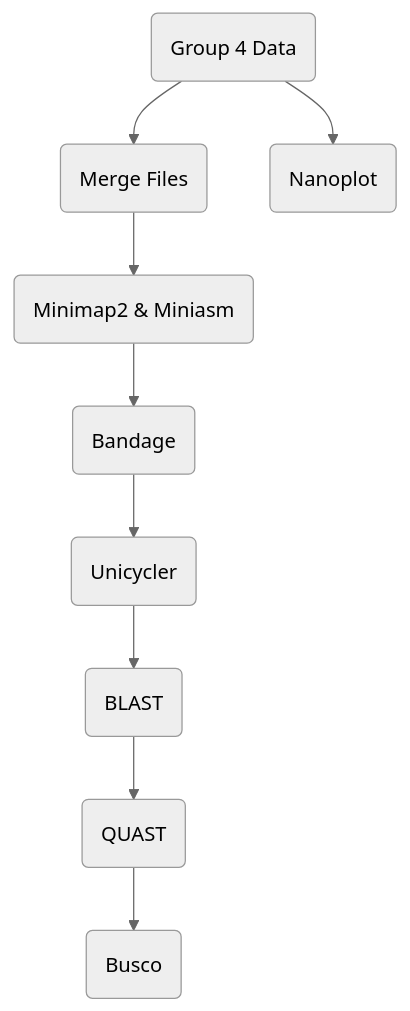
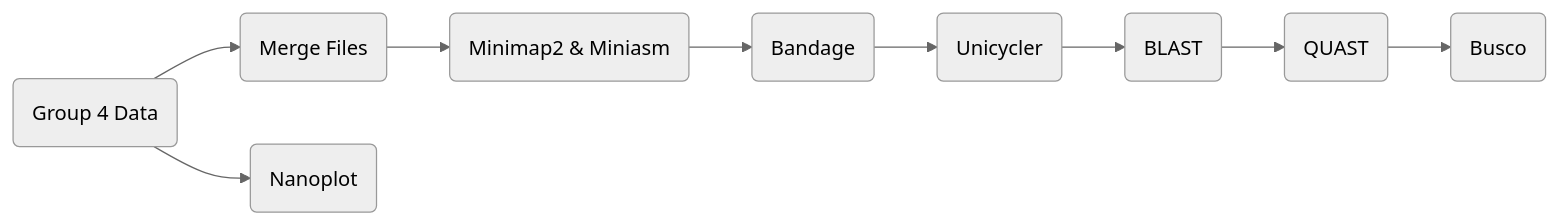
Before and after one commit to mzywj2/Project-1---Group-4-Genome-Assembly: the diagram in README.md, drawn with Mermaid (neutral theme).

````diff
--- a/README.md
+++ b/README.md
@@ -297,12 +297,12 @@
 ```mermaid
-graph TD;
+graph LR;
 A(Group 4 Data)-->B(Merge Files);
     B-->C(Minimap2 & Miniasm);
     C-->D(Bandage);
     D-->E(Unicycler);
     E-->F(BLAST);
     F-->G(QUAST);
     G-->H(Busco);
     A-->I(Nanoplot);
 
 ```
````
